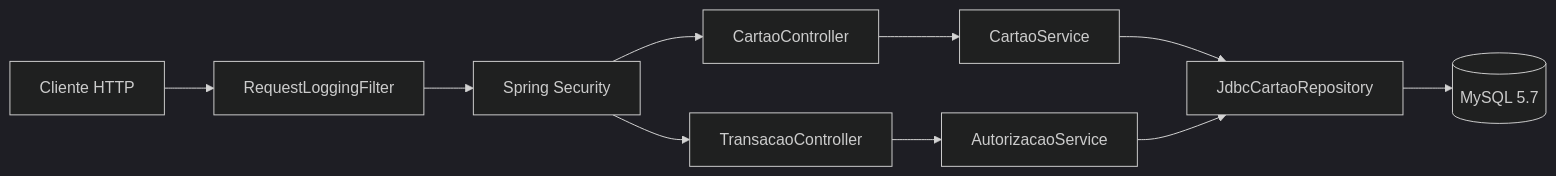
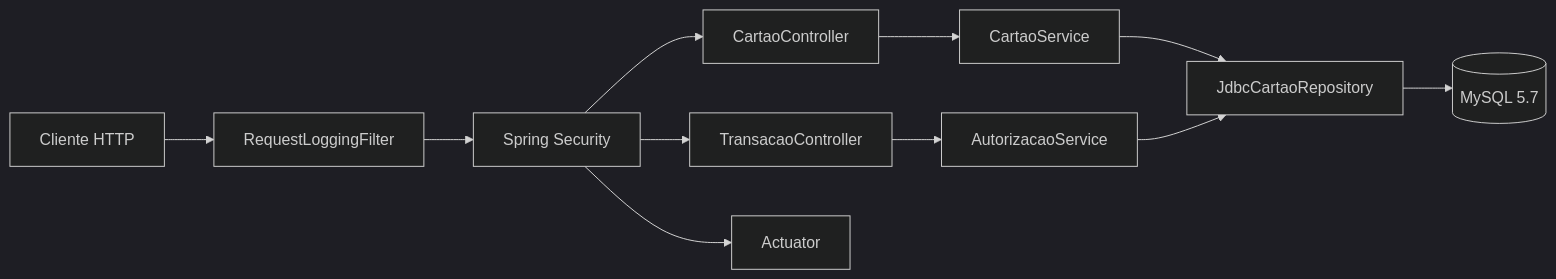
One commit to AdrielDev/mini-autorizador changed the diagram in README.md. Above: the diagram before and after it, drawn with Mermaid (dark theme). The commit also changed other lines of this file and 4 other files, not shown here.

````diff
--- a/README.md
+++ b/README.md
@@ -221,12 +231,13 @@
 ```mermaid
 flowchart LR
     Cliente["Cliente HTTP"] --> Requisicoes["RequestLoggingFilter"]
     Requisicoes --> Seguranca["Spring Security"]
     Seguranca --> CartaoController["CartaoController"]
     Seguranca --> TransacaoController["TransacaoController"]
+    Seguranca --> Actuator["Actuator"]
     CartaoController --> CartaoService["CartaoService"]
     TransacaoController --> AutorizacaoService["AutorizacaoService"]
     CartaoService --> Repositorio["JdbcCartaoRepository"]
     AutorizacaoService --> Repositorio
     Repositorio --> Banco[("MySQL 5.7")]
 ```
````
